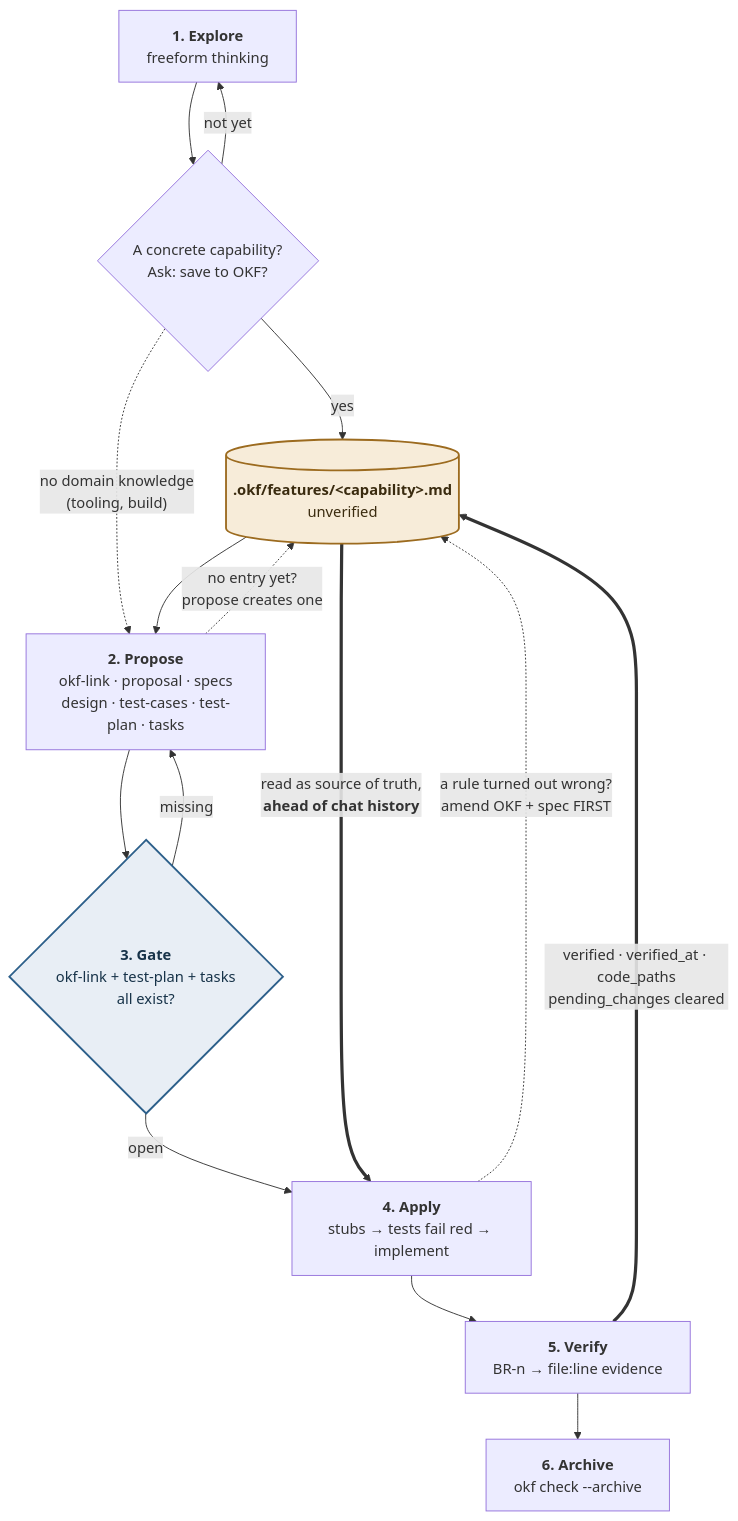
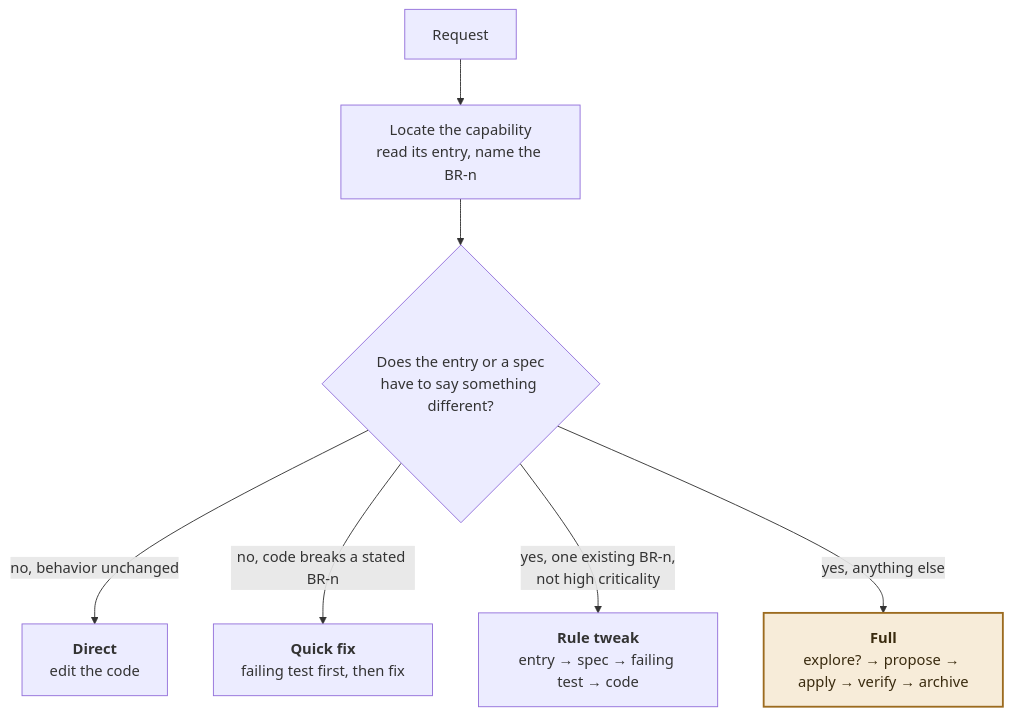
One commit to amagumolabs/okf-kit changed the first of 2 diagrams in docs/workflow-at-a-glance.md. Above: the diagram before and after it, drawn with Mermaid. The commit also changed other lines of this file and 264 other files, not shown here.

First line of the commit message:
refactor: slim the kit to a file-only OpenSpec + OKF workflow

````diff
--- a/docs/workflow-at-a-glance.md
+++ b/docs/workflow-at-a-glance.md
@@ -89,33 +19,12 @@
 ```mermaid
 flowchart TD
-    E["<b>1. Explore</b><br/>freeform thinking"]
-    Q{"A concrete capability?<br/>Ask: save to OKF?"}
-    OKF[("<b>.okf/features/&lt;capability&gt;.md</b><br/>unverified")]
+    R["Request"] --> L["Locate the capability<br/>read its entry, name the BR-n"]
+    L --> Q{"Does the entry or a spec<br/>have to say something different?"}
+    Q -- "no, behavior unchanged" --> D["<b>Direct</b><br/>edit the code"]
+    Q -- "no, code breaks a stated BR-n" --> F["<b>Quick fix</b><br/>failing test first, then fix"]
+    Q -- "yes, one existing BR-n,<br/>not high criticality" --> T["<b>Rule tweak</b><br/>entry → spec → failing test → code"]
+    Q -- "yes, anything else" --> X["<b>Full</b><br/>explore? → propose → apply → verify → archive"]
 
-    P["<b>2. Propose</b><br/>okf-link · proposal · specs<br/>design · test-cases · test-plan · tasks"]
-    G{"<b>3. Gate</b><br/>okf-link + test-plan + tasks<br/>all exist?"}
-    A["<b>4. Apply</b><br/>stubs → tests fail red → implement"]
-    V["<b>5. Verify</b><br/>BR-n → file:line evidence"]
-    R["<b>6. Archive</b><br/>okf check --archive"]
-
-    E --> Q
-    Q -- "yes" --> OKF
-    Q -- "not yet" --> E
-    Q -. "no domain knowledge<br/>(tooling, build)" .-> P
-
-    OKF --> P
-    P -. "no entry yet?<br/>propose creates one" .-> OKF
-    P --> G
-    G -- "missing" --> P
-    G -- "open" --> A
-    OKF ==>|"read as source of truth,<br/><b>ahead of chat history</b>"| A
-    A -. "a rule turned out wrong?<br/>amend OKF + spec FIRST" .-> OKF
-    A --> V
-    V ==>|"verified · verified_at · code_paths<br/>pending_changes cleared"| OKF
-    V --> R
-
-    classDef okf fill:#f7ecd9,stroke:#9c6b1f,color:#3a2b0f,stroke-width:2px
-    classDef gate fill:#e8eef5,stroke:#2c5f8a,color:#173349,stroke-width:2px
-    class OKF okf
-    class G gate
+    classDef full fill:#f7ecd9,stroke:#9c6b1f,color:#3a2b0f,stroke-width:2px
+    class X full
 ```
````
